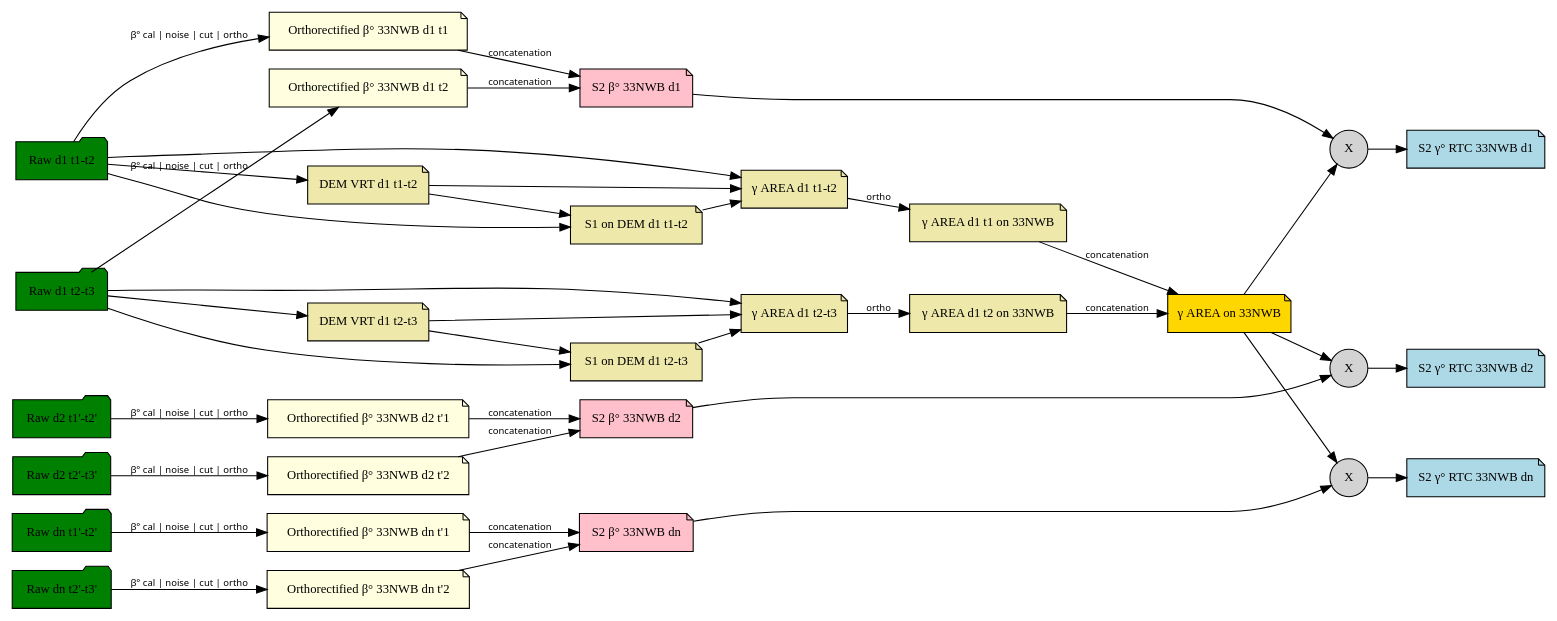
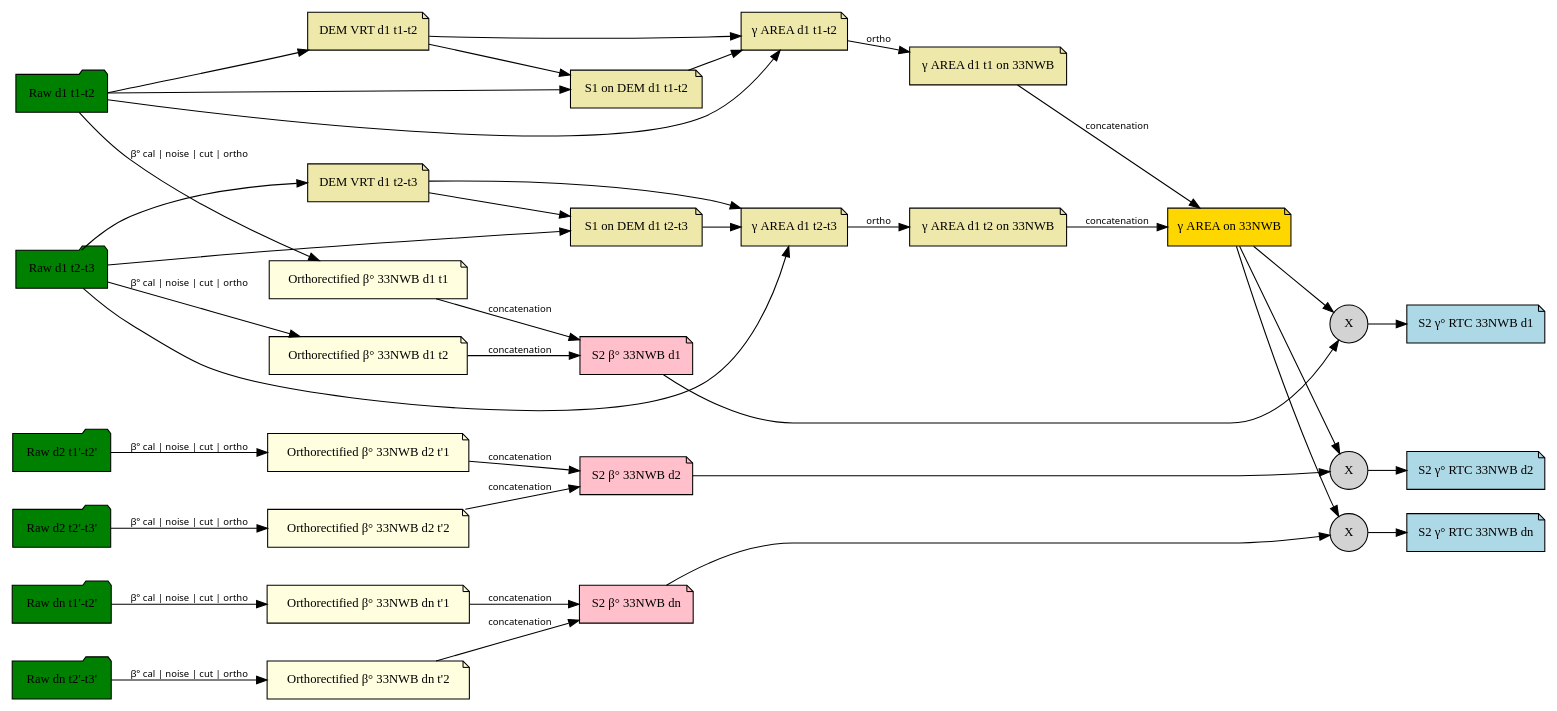
The diagram in docs/dataflow-gammanaughtrtc.rst (CNES/S1Tiling), drawn with Graphviz before and after one commit.

Commit message:
DOC: Improve graph flow rendering

```diff
--- a/docs/dataflow-gammanaughtrtc.rst
+++ b/docs/dataflow-gammanaughtrtc.rst
@@ -85,6 +85,51 @@
          node [fontname="Verdana", fontsize="12", shape="note", target="_top", style=filled];
          edge [fontname="Sans", fontsize="9"];
 
+         # ====[ GAMMA_AREA workflow
+         vrt_d1_t1t2 [label="DEM VRT d1 t1-t2", fillcolor=palegoldenrod, group=rtc_t1];
+         vrt_d1_t2t3 [label="DEM VRT d1 t2-t3", fillcolor=palegoldenrod, group=rtc_t2];
+
+         S1_on_DEM_d1_t1t2 [label="S1 on DEM d1 t1-t2", fillcolor=palegoldenrod, group=rtc_t1];
+         S1_on_DEM_d1_t2t3 [label="S1 on DEM d1 t2-t3", fillcolor=palegoldenrod, group=rtc_t2];
+
+         # γ area on S1
+         gamma_area_d1_t1t2 [label="γ AREA d1 t1-t2", fillcolor=palegoldenrod, group=rtc_t1];
+         gamma_area_d1_t2t3 [label="γ AREA d1 t2-t3", fillcolor=palegoldenrod, group=rtc_t2];
+
+         # γ area orthorectified on S2
+         o_gamma_area_d1_t1 [label="γ AREA d1 t1 on 33NWB", fillcolor=palegoldenrod, group=rtc_t1];
+         o_gamma_area_d1_t2 [label="γ AREA d1 t2 on 33NWB", fillcolor=palegoldenrod, group=rtc_t2];
+         # γ area concatenated a selected (best coverage)
+         nwb_gamma_area     [label="γ AREA on 33NWB", fillcolor=gold, group=rtc_t2];
+
+         nwb_d1      [label="S2 γ° RTC 33NWB d1", fillcolor=lightblue];
+         nwb_d2      [label="S2 γ° RTC 33NWB d2", fillcolor=lightblue];
+         nwb_dn      [label="S2 γ° RTC 33NWB dn", fillcolor=lightblue];
+
+         mult_d1     [label="X", shape="circle"]
+         mult_d2     [label="X", shape="circle"]
+         mult_dn     [label="X", shape="circle"]
+
+         raw_d1_t1t2 -> vrt_d1_t1t2 [label=""];
+         raw_d1_t2t3 -> vrt_d1_t2t3 [label=""];
+
+         vrt_d1_t1t2 -> S1_on_DEM_d1_t1t2;
+         vrt_d1_t2t3 -> S1_on_DEM_d1_t2t3;
+         raw_d1_t1t2 -> S1_on_DEM_d1_t1t2;
+         raw_d1_t2t3 -> S1_on_DEM_d1_t2t3;
+
+         vrt_d1_t1t2       -> gamma_area_d1_t1t2;
+         vrt_d1_t2t3       -> gamma_area_d1_t2t3;
+         raw_d1_t1t2       -> gamma_area_d1_t1t2;
+         raw_d1_t2t3       -> gamma_area_d1_t2t3;
+         S1_on_DEM_d1_t1t2 -> gamma_area_d1_t1t2;
+         S1_on_DEM_d1_t2t3 -> gamma_area_d1_t2t3;
+
+         gamma_area_d1_t1t2 -> o_gamma_area_d1_t1 [label="ortho"];
+         gamma_area_d1_t2t3 -> o_gamma_area_d1_t2 [label="ortho"];
+
+         o_gamma_area_d1_t1 -> nwb_gamma_area [label="concatenation"];
+         o_gamma_area_d1_t2 -> nwb_gamma_area [label="concatenation"];
          # =====[ Inputs nodes
          raw_d1_t1t2 [label="Raw d1 t1-t2", href="files.html#inputs", shape="folder", fillcolor=green]
          raw_d1_t2t3 [label="Raw d1 t2-t3", href="files.html#inputs", shape="folder", fillcolor=green]
@@ -128,51 +173,6 @@
          o_nwb_dn_t2 -> nwb_dn_b0 [label="concatenation"];
 
          # ===================================
-         # ====[ GAMMA_AREA workflow
-         vrt_d1_t1t2 [label="DEM VRT d1 t1-t2", fillcolor=palegoldenrod];
-         vrt_d1_t2t3 [label="DEM VRT d1 t2-t3", fillcolor=palegoldenrod];
-
-         S1_on_DEM_d1_t1t2 [label="S1 on DEM d1 t1-t2", fillcolor=palegoldenrod];
-         S1_on_DEM_d1_t2t3 [label="S1 on DEM d1 t2-t3", fillcolor=palegoldenrod];
-
-         # γ area on S1
-         gamma_area_d1_t1t2 [label="γ AREA d1 t1-t2", fillcolor=palegoldenrod];
-         gamma_area_d1_t2t3 [label="γ AREA d1 t2-t3", fillcolor=palegoldenrod];
-
-         # γ area orthorectified on S2
-         o_gamma_area_d1_t1 [label="γ AREA d1 t1 on 33NWB", fillcolor=palegoldenrod];
-         o_gamma_area_d1_t2 [label="γ AREA d1 t2 on 33NWB", fillcolor=palegoldenrod];
-         # γ area concatenated a selected (best coverage)
-         nwb_gamma_area     [label="γ AREA on 33NWB", fillcolor=gold];
-
-         nwb_d1      [label="S2 γ° RTC 33NWB d1", fillcolor=lightblue];
-         nwb_d2      [label="S2 γ° RTC 33NWB d2", fillcolor=lightblue];
-         nwb_dn      [label="S2 γ° RTC 33NWB dn", fillcolor=lightblue];
-
-         mult_d1     [label="X", shape="circle"]
-         mult_d2     [label="X", shape="circle"]
-         mult_dn     [label="X", shape="circle"]
-
-         raw_d1_t1t2 -> vrt_d1_t1t2 [label=""];
-         raw_d1_t2t3 -> vrt_d1_t2t3 [label=""];
-
-         vrt_d1_t1t2 -> S1_on_DEM_d1_t1t2;
-         vrt_d1_t2t3 -> S1_on_DEM_d1_t2t3;
-         raw_d1_t1t2 -> S1_on_DEM_d1_t1t2;
-         raw_d1_t2t3 -> S1_on_DEM_d1_t2t3;
-
-         vrt_d1_t1t2       -> gamma_area_d1_t1t2;
-         vrt_d1_t2t3       -> gamma_area_d1_t2t3;
-         raw_d1_t1t2       -> gamma_area_d1_t1t2;
-         raw_d1_t2t3       -> gamma_area_d1_t2t3;
-         S1_on_DEM_d1_t1t2 -> gamma_area_d1_t1t2;
-         S1_on_DEM_d1_t2t3 -> gamma_area_d1_t2t3;
-
-         gamma_area_d1_t1t2 -> o_gamma_area_d1_t1 [label="ortho"];
-         gamma_area_d1_t2t3 -> o_gamma_area_d1_t2 [label="ortho"];
-
-         o_gamma_area_d1_t1 -> nwb_gamma_area [label="concatenation"];
-         o_gamma_area_d1_t2 -> nwb_gamma_area [label="concatenation"];
 
          nwb_gamma_area -> mult_d1;
          nwb_gamma_area -> mult_d2;
@@ -184,4 +184,16 @@
          mult_d1 -> nwb_d1;
          mult_d2 -> nwb_d2;
          mult_dn -> nwb_dn;
+
+         # =====[ Align
+         {
+             rank = same ;
+             vrt_d1_t1t2 vrt_d1_t2t3 o_nwb_d1_t1 o_nwb_d1_t2 o_nwb_d2_t1 o_nwb_d2_t2 o_nwb_dn_t1 o_nwb_dn_t2
+             edge[ style=invis];
+             vrt_d1_t1t2 -> vrt_d1_t2t3 -> o_nwb_d1_t1 -> o_nwb_d1_t2 -> o_nwb_d2_t1 -> o_nwb_d2_t2 -> o_nwb_dn_t1 -> o_nwb_dn_t2
+         }
+         {
+             edge[ style=invis];
+             raw_d1_t1t2 -> vrt_d1_t1t2 -> gamma_area_d1_t1t2 -> o_gamma_area_d1_t1;
+         }
      }
```
